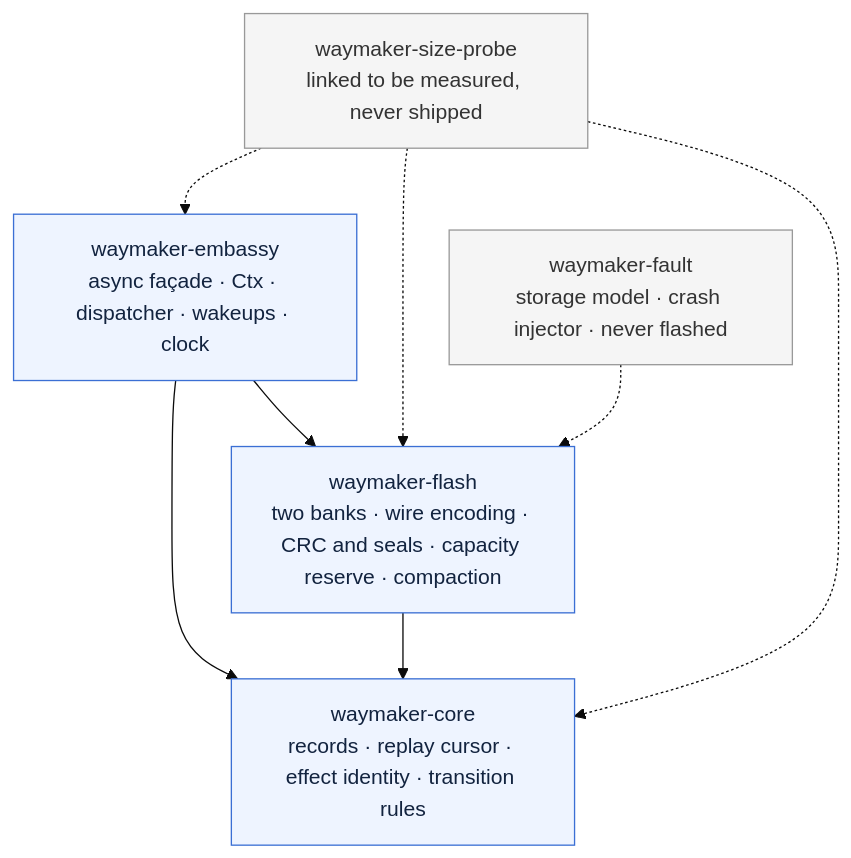
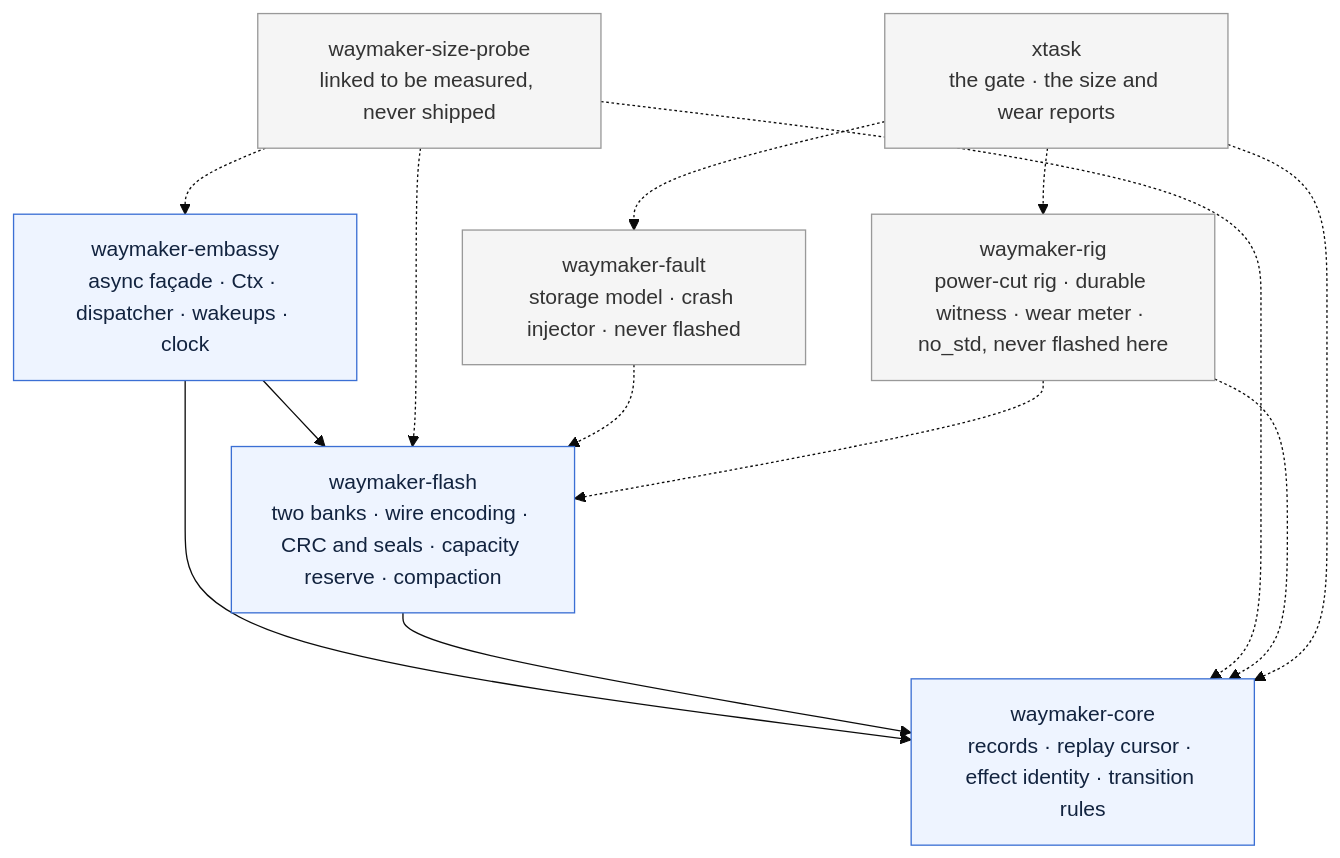
The first of 11 diagrams in docs/architecture.md (madmax983/waymaker), drawn with Mermaid (base theme) before and after one commit. The commit also changed other lines of this file and 36 other files, not shown here.

````diff
--- a/docs/architecture.md
+++ b/docs/architecture.md
@@ -45,22 +48,29 @@
 ```mermaid
 graph TD
   waymaker-embassy["waymaker-embassy<br/>async façade · Ctx · dispatcher · wakeups · clock"]
   waymaker-flash["waymaker-flash<br/>two banks · wire encoding · CRC and seals · capacity reserve · compaction"]
   waymaker-core["waymaker-core<br/>records · replay cursor · effect identity · transition rules"]
   waymaker-size-probe["waymaker-size-probe<br/>linked to be measured, never shipped"]
   waymaker-fault["waymaker-fault<br/>storage model · crash injector · never flashed"]
+  waymaker-rig["waymaker-rig<br/>power-cut rig · durable witness · wear meter · no_std, never flashed here"]
+  xtask["xtask<br/>the gate · the size and wear reports"]
 
   waymaker-embassy --> waymaker-core
   waymaker-embassy --> waymaker-flash
   waymaker-flash --> waymaker-core
 
   waymaker-size-probe -.-> waymaker-embassy
   waymaker-size-probe -.-> waymaker-flash
   waymaker-size-probe -.-> waymaker-core
   waymaker-fault -.-> waymaker-flash
+  waymaker-rig -.-> waymaker-flash
+  waymaker-rig -.-> waymaker-core
+  xtask -.-> waymaker-rig
+  xtask -.-> waymaker-fault
+  xtask -.-> waymaker-core
 
   classDef layer fill:#eef4ff,stroke:#3b6fd4,color:#12233f;
   classDef tool fill:#f5f5f5,stroke:#999999,color:#333333;
   class waymaker-embassy,waymaker-flash,waymaker-core layer;
-  class waymaker-size-probe,waymaker-fault tool;
+  class waymaker-size-probe,waymaker-fault,waymaker-rig,xtask tool;
 ```
````
